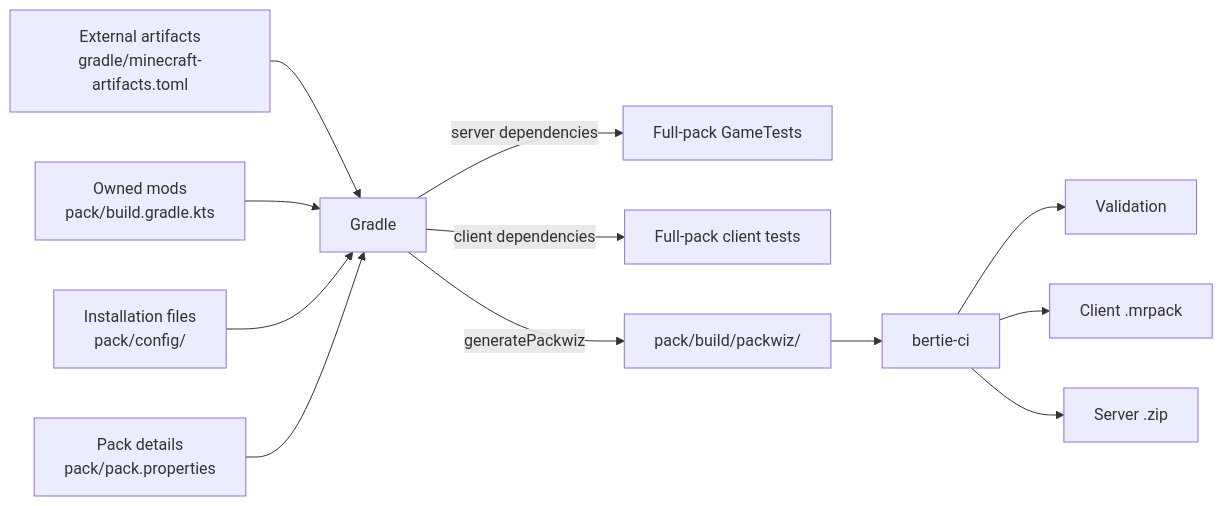
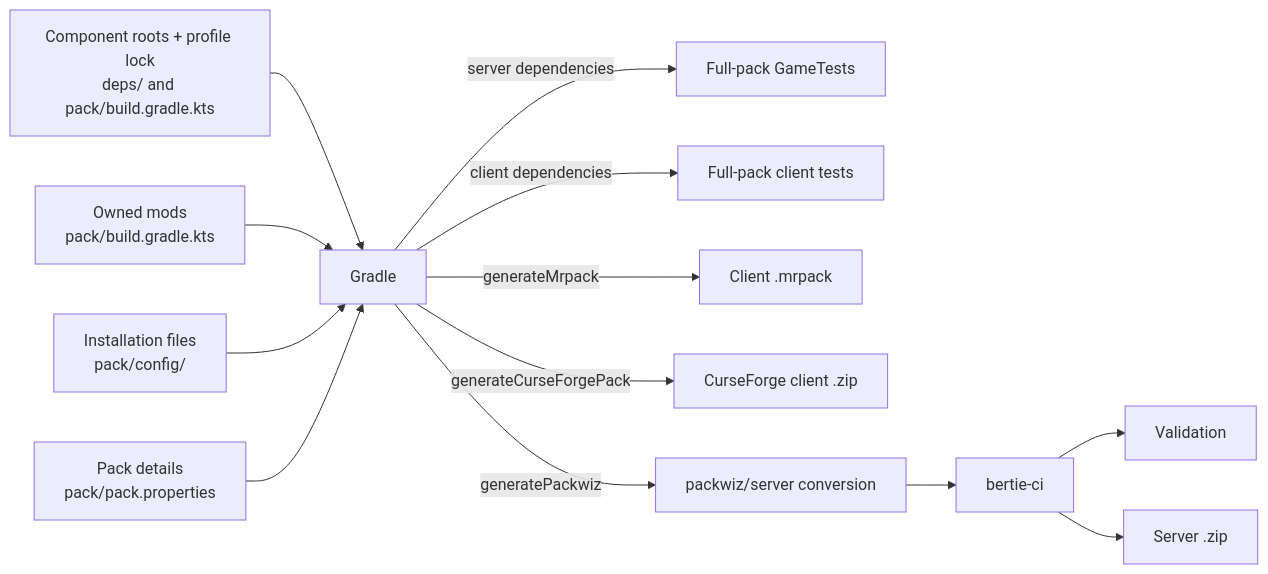
One commit to bertie-mc/bertie changed the second of 2 diagrams in docs/overview.md. Above: the diagram before and after it, drawn with Mermaid. The commit also changed other lines of this file and 470 other files, not shown here.

Commit message:
feat(deps): add profile-aware artifact manifest

````diff
--- a/docs/overview.md
+++ b/docs/overview.md
@@ -99,16 +101,17 @@
 ```mermaid
 flowchart LR
-    A["External artifacts<br/>gradle/minecraft-artifacts.toml"] --> G["Gradle"]
+    A["Component roots + profile lock<br/>deps/ and pack/build.gradle.kts"] --> G["Gradle"]
     M["Owned mods<br/>pack/build.gradle.kts"] --> G
     C["Installation files<br/>pack/config/"] --> G
     V["Pack details<br/>pack/pack.properties"] --> G
 
     G -->|server dependencies| S["Full-pack GameTests"]
     G -->|client dependencies| T["Full-pack client tests"]
-    G -->|generatePackwiz| W["pack/build/packwiz/"]
+    G -->|generateMrpack| X["Client .mrpack"]
+    G -->|generateCurseForgePack| Y["CurseForge client .zip"]
+    G -->|generatePackwiz| W["packwiz/server conversion"]
 
     W --> Q["bertie-ci"]
     Q --> K["Validation"]
-    Q --> X["Client .mrpack"]
     Q --> Z["Server .zip"]
 ```
````
